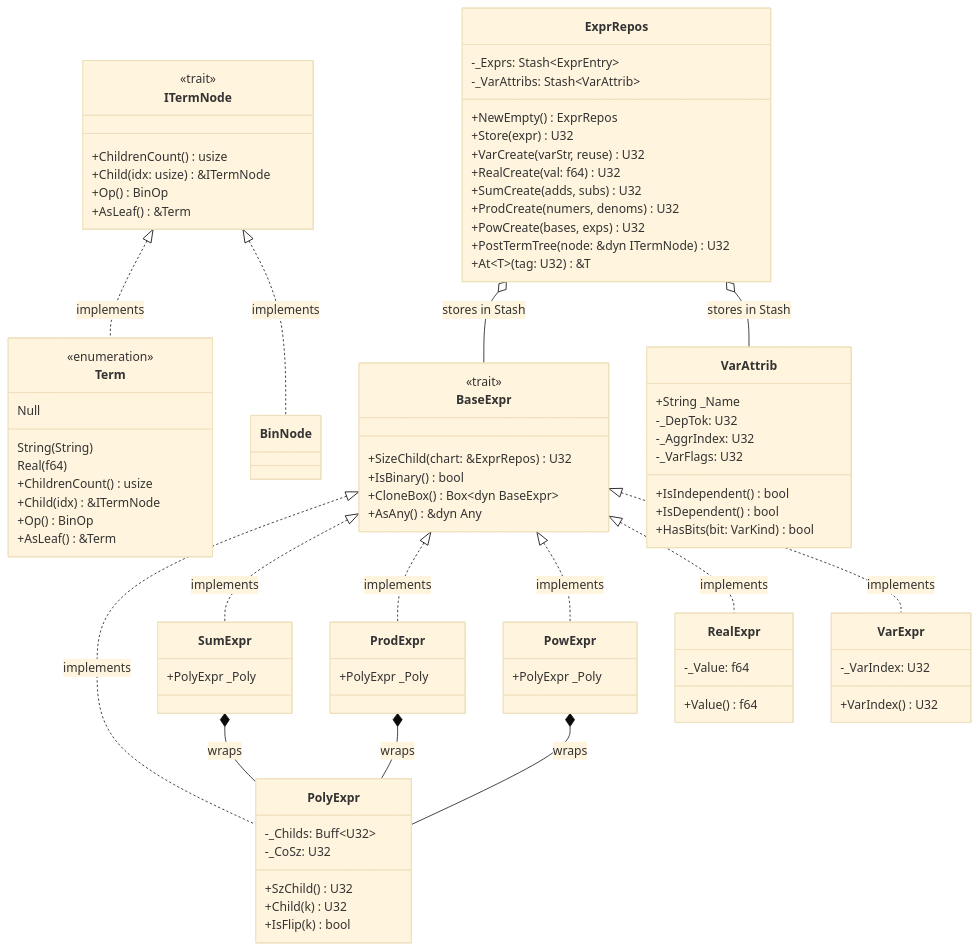
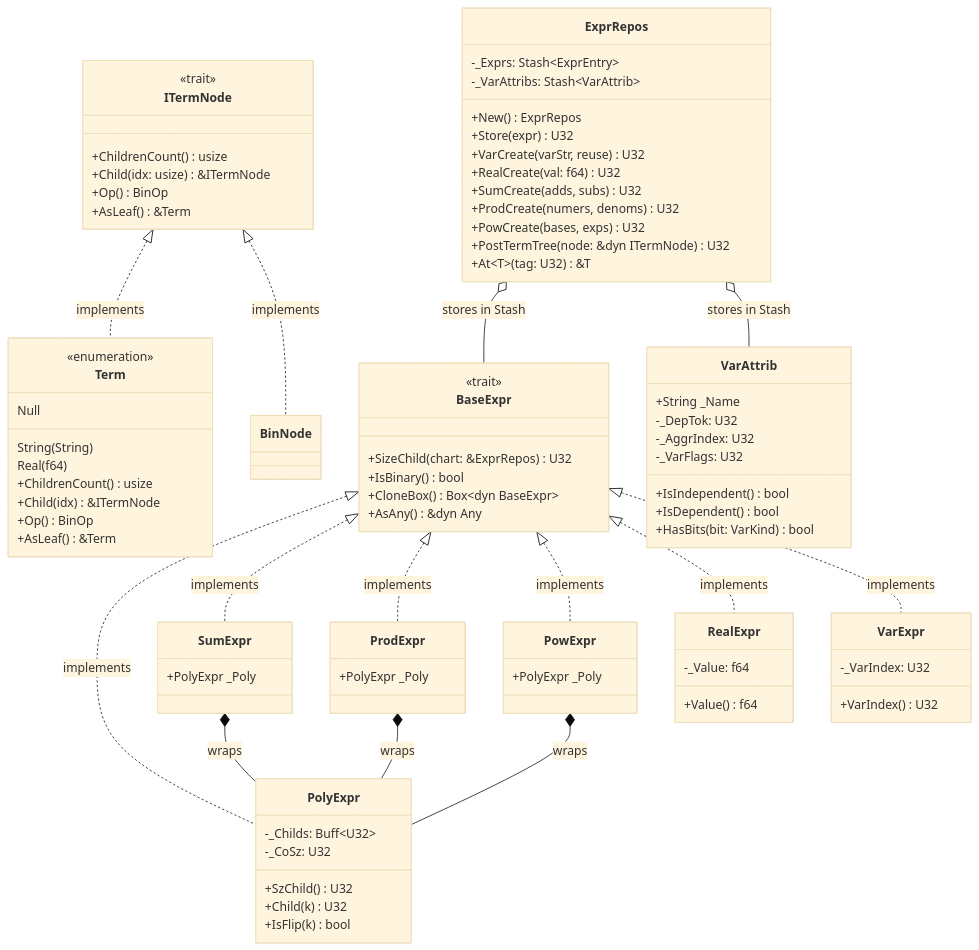
Before and after one commit to jswarup/Kosh: the first of 2 diagrams in wiki/Fresco.md, drawn with Mermaid (base theme). The commit also changed other lines of this file and 22 other files, not shown here.

Commit message:
Replace NewEmpty with New for Buff, ExprRepos, and Stash across workspace

```diff
--- a/wiki/Fresco.md
+++ b/wiki/Fresco.md
@@ -44,7 +44,7 @@
     class ExprRepos {
         -_Exprs: Stash~ExprEntry~
         -_VarAttribs: Stash~VarAttrib~
-        +NewEmpty() ExprRepos
+        +New() ExprRepos
         +Store(expr) U32
         +VarCreate(varStr, reuse) U32
         +RealCreate(val: f64) U32
```
